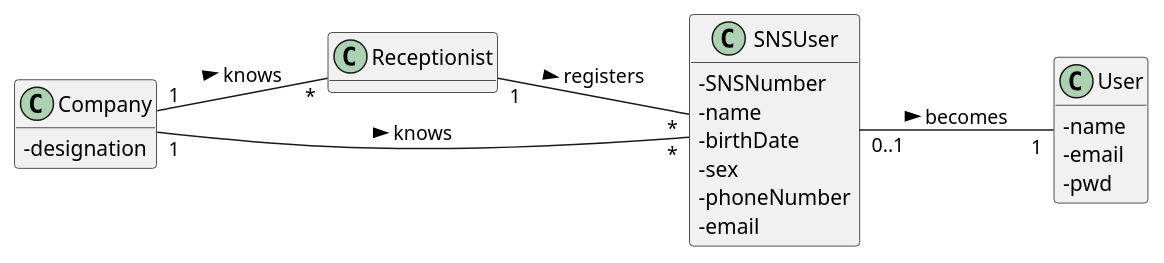
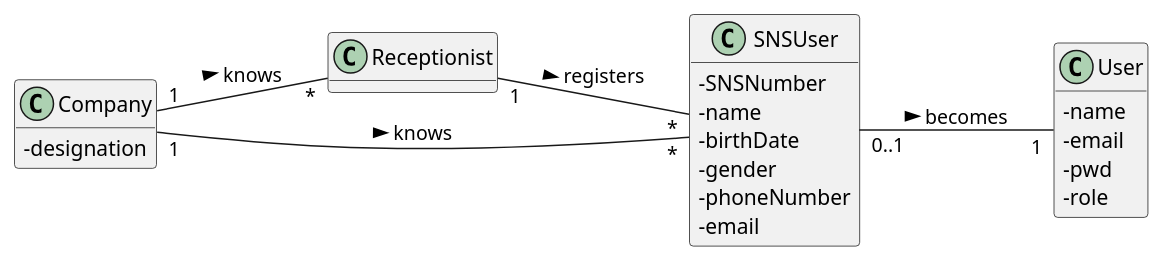
Before and after one commit to miseEnPlace-i/lapr2: the diagram in docs/SprintB/US03/DM/US03_DM.puml, drawn with PlantUML. The commit also changed 2 other files, not shown here.

```diff
--- a/docs/SprintB/US03/DM/US03_DM.puml
+++ b/docs/SprintB/US03/DM/US03_DM.puml
@@ -1,33 +1,34 @@
 @startuml Domain Model
 hide methods
 left to right direction
 skinparam classAttributeIconSize 0
 
 class Receptionist {
 }
 
 class SNSUser {
   - SNSNumber
   - name
   - birthDate
-  - sex
+  - gender
   - phoneNumber
   - email
 }
 
 class Company {
   - designation
 }
 
 class User {
   - name
   - email
   - pwd
+  - role
 }
 
 Receptionist "1" -- "*" SNSUser : registers >
 Company "1" -- "*" Receptionist : knows >
 Company "1" -- "*" SNSUser : knows >
 SNSUser "0..1" -- "1" User : becomes >
 
 @enduml
```
